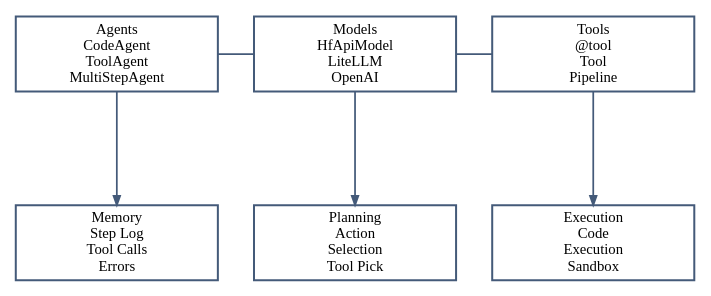
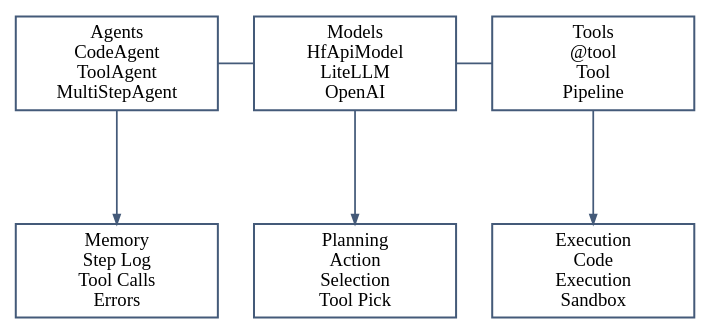
Before and after one commit to quiznat/tot-hf-survey-artifacts: the diagram in assets/diagram_smolagents_arch.dot, drawn with Graphviz. The commit also changed 15 other files, not shown here.

Commit message:
Tune manuscript diagram typography to body-text scale

```diff
--- a/assets/diagram_smolagents_arch.dot
+++ b/assets/diagram_smolagents_arch.dot
@@ -1,26 +1,26 @@
 digraph G {
   graph [bgcolor="#ffffff", pad="0.06", nodesep="0.34", ranksep="0.50", splines="polyline", fontname="Times-Roman", fontcolor="#162130", margin="0.02", rankdir="TB", ranksep="0.58", nodesep="0.38"];
-  node [shape="box", style="filled", fillcolor="#ffffff", color="#445a79", penwidth="1.5", fontname="Times-Roman", fontsize="11", margin="0.06,0.05"];
-  edge [color="#445a79", penwidth="1.3", arrowsize="0.70", fontname="Times-Roman", fontsize="9", fontcolor="#162130"];
+  node [shape="box", style="filled", fillcolor="#ffffff", color="#445a79", penwidth="1.5", fontname="Times-Roman", fontsize="14", margin="0.08,0.07"];
+  edge [color="#445a79", penwidth="1.3", arrowsize="0.70", fontname="Times-Roman", fontsize="11", fontcolor="#162130"];
 
   agents [label="Agents\nCodeAgent\nToolAgent\nMultiStepAgent", width="2.10", group="g1"];
   models [label="Models\nHfApiModel\nLiteLLM\nOpenAI", width="2.10", group="g2"];
   tools [label="Tools\n@tool\nTool\nPipeline", width="2.10", group="g3"];
 
   memory [label="Memory\nStep Log\nTool Calls\nErrors", width="2.10", group="g1"];
   planning [label="Planning\nAction\nSelection\nTool Pick", width="2.10", group="g2"];
   execution [label="Execution\nCode\nExecution\nSandbox", width="2.10", group="g3"];
 
   { rank=same; agents; models; tools }
   { rank=same; memory; planning; execution }
 
   agents -> models [dir=none, arrowhead=none, arrowtail=none];
   models -> tools [dir=none, arrowhead=none, arrowtail=none];
 
   agents -> memory [tailport=s, headport=n, weight=100, minlen=2];
   models -> planning [tailport=s, headport=n, weight=100, minlen=2];
   tools -> execution [tailport=s, headport=n, weight=100, minlen=2];
 
   memory -> planning [style=invis, weight=10];
   planning -> execution [style=invis, weight=10];
 }
```
